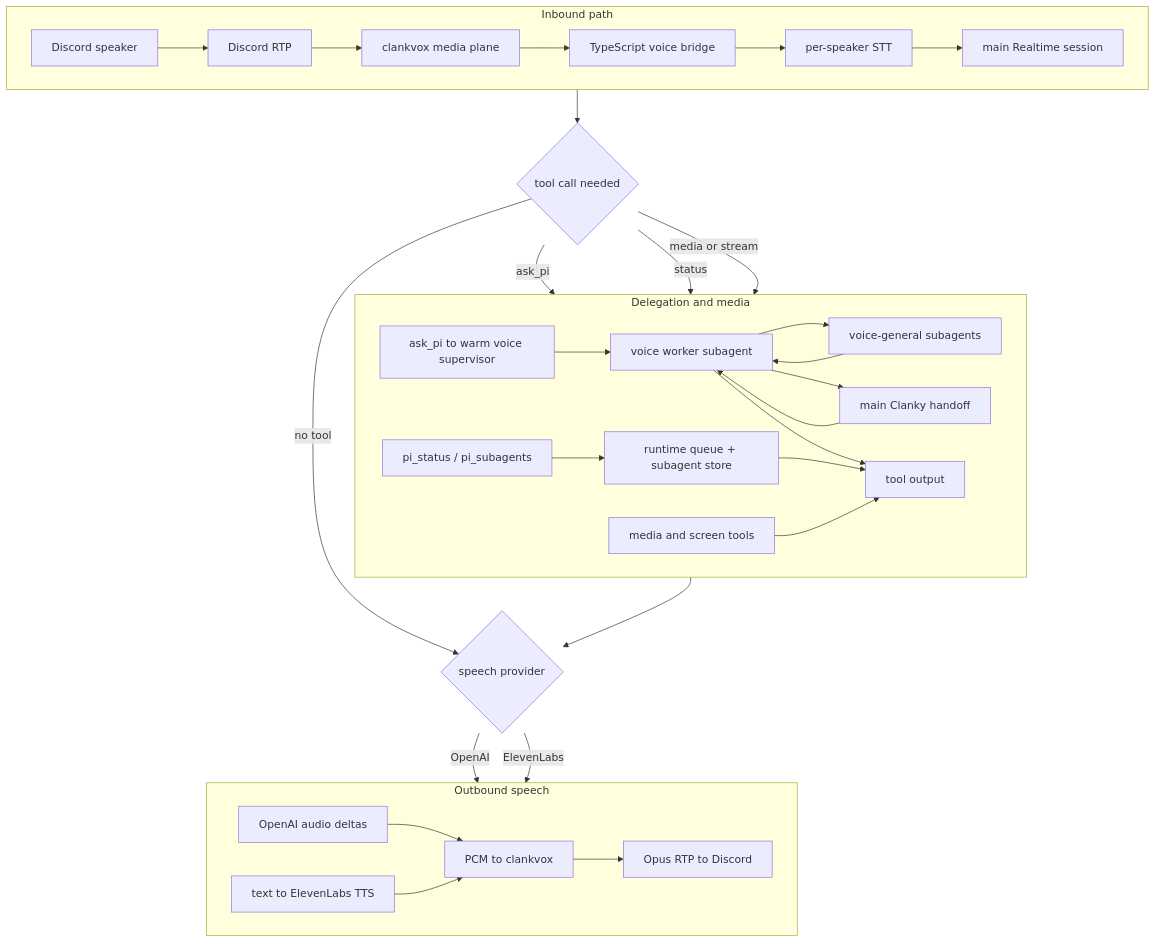
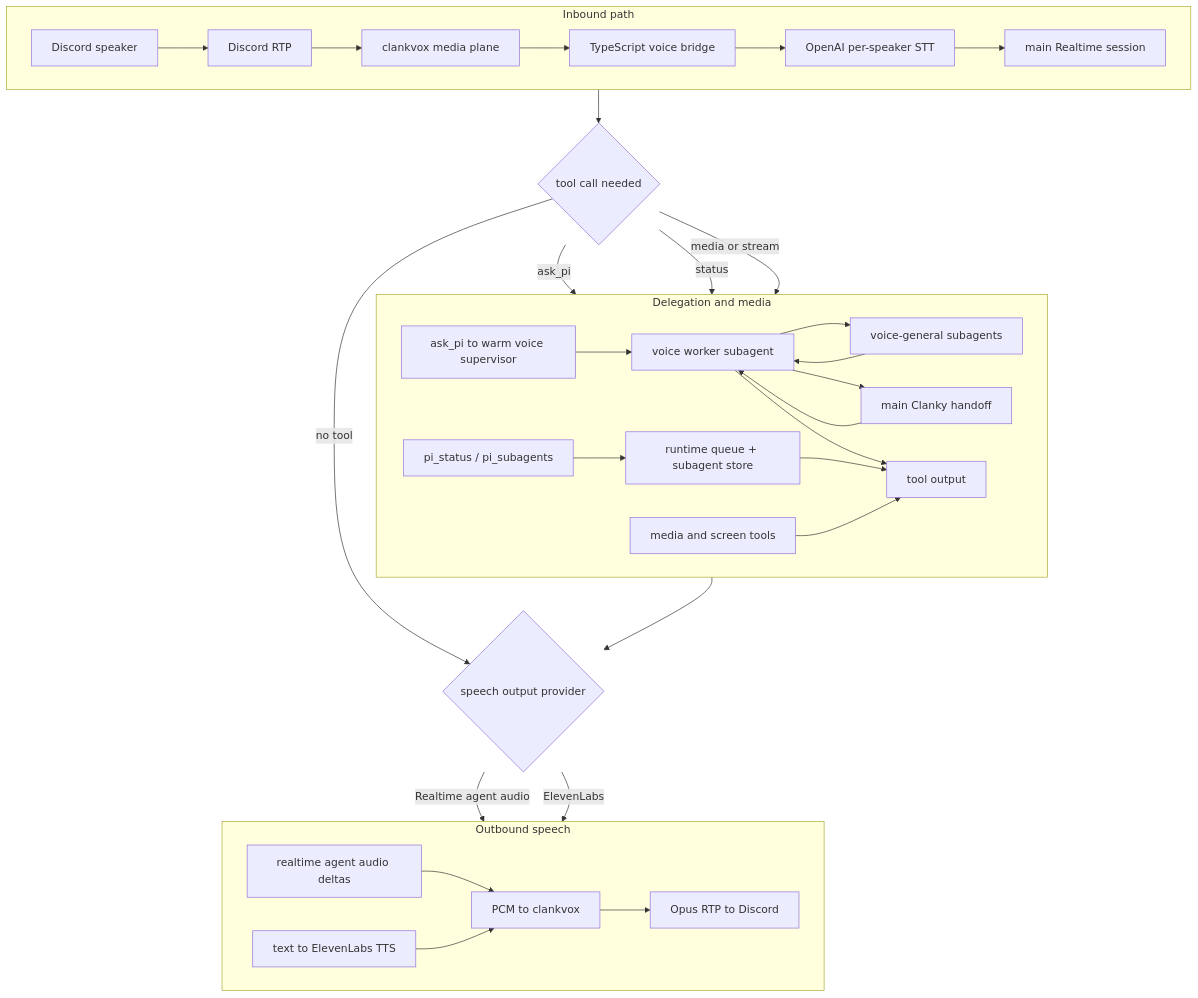
One commit to Volpestyle/clanky changed the diagram in docs/discord-voice-architecture.md. Above: the diagram before and after it, drawn with Mermaid. The commit also changed other lines of this file and 15 other files, not shown here.

Commit message:
Add xAI realtime voice provider

````diff
--- a/docs/discord-voice-architecture.md
+++ b/docs/discord-voice-architecture.md
@@ -8,42 +10,42 @@
 ```mermaid
 flowchart TB
   subgraph inbound["Inbound path"]
     direction LR
     speaker["Discord speaker"] --> rtp["Discord RTP"]
     rtp --> vox["clankvox media plane"]
     vox --> bridge["TypeScript voice bridge"]
-    bridge --> stt["per-speaker STT"]
+    bridge --> stt["OpenAI per-speaker STT"]
     stt --> realtime["main Realtime session"]
   end
 
   realtime --> toolChoice{"tool call needed"}
 
   subgraph delegation["Delegation and media"]
     direction LR
     pi["ask_pi to warm voice supervisor"] --> supervisor["voice worker subagent"]
     supervisor --> general["voice-general subagents"]
     supervisor --> mainAgent["main Clanky handoff"]
     general --> supervisor
     mainAgent --> supervisor
     supervisor --> toolReturn["tool output"]
     statusTools["pi_status / pi_subagents"] --> controlState["runtime queue + subagent store"]
     controlState --> toolReturn
     mediaTools["media and screen tools"] --> toolReturn
   end
 
   toolChoice -->|ask_pi| pi
   toolChoice -->|status| statusTools
   toolChoice -->|media or stream| mediaTools
   toolChoice -->|no tool| speechChoice
-  toolReturn --> speechChoice{"speech provider"}
+  toolReturn --> speechChoice{"speech output provider"}
 
   subgraph outbound["Outbound speech"]
     direction LR
-    openaiAudio["OpenAI audio deltas"] --> playback["PCM to clankvox"]
+    realtimeAudio["realtime agent audio deltas"] --> playback["PCM to clankvox"]
     elevenText["text to ElevenLabs TTS"] --> playback
     playback --> outboundRtp["Opus RTP to Discord"]
   end
 
-  speechChoice -->|OpenAI| openaiAudio
+  speechChoice -->|Realtime agent audio| realtimeAudio
   speechChoice -->|ElevenLabs| elevenText
 ```
````
